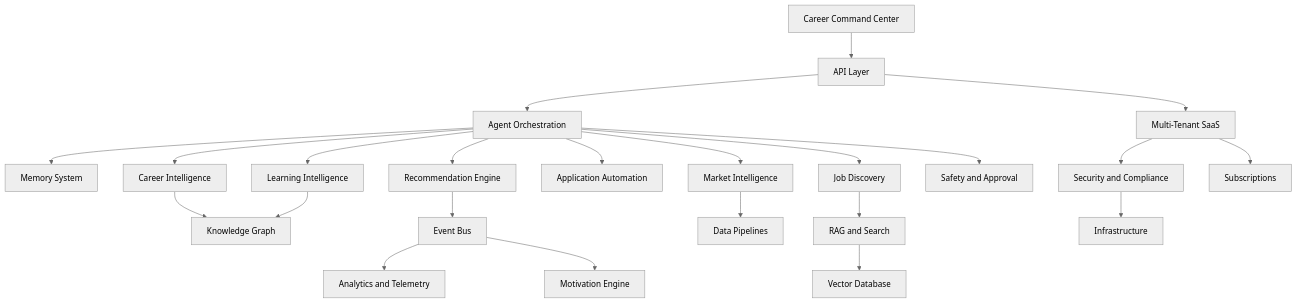
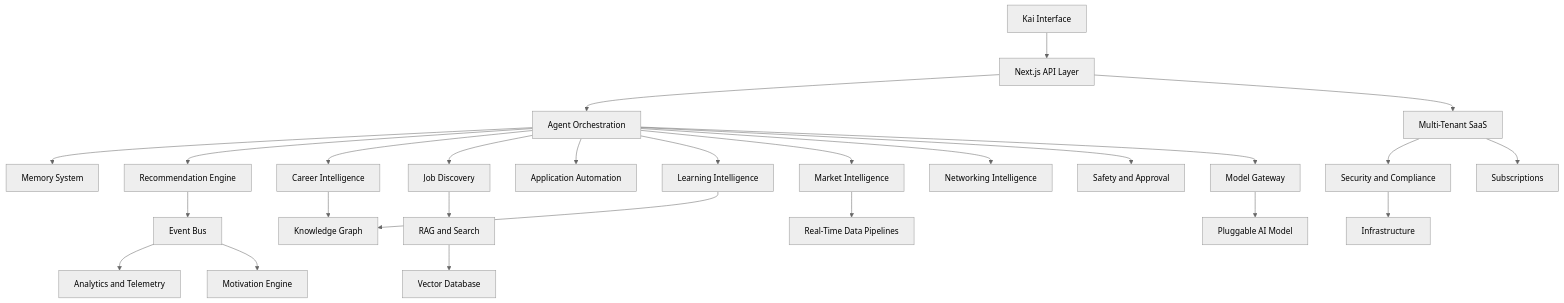
Before and after one commit to Mirzzie/Fadi: the diagram in docs/TECHNICAL_BLUEPRINT.md, drawn with Mermaid (neutral theme). The commit also changed other lines of this file and 65 other files, not shown here.

First line of the commit message:
docs: update architecture docs for Better Auth, Kai, and data sources

````diff
--- a/docs/TECHNICAL_BLUEPRINT.md
+++ b/docs/TECHNICAL_BLUEPRINT.md
@@ -23,25 +26,28 @@
 ```mermaid
 flowchart TD
-    UX[Career Command Center] --> API[API Layer]
+    KaiUX[Kai Interface] --> API[Next.js API Layer]
     API --> Agent[Agent Orchestration]
     Agent --> Memory[Memory System]
     Agent --> Rec[Recommendation Engine]
     Agent --> Career[Career Intelligence]
     Agent --> Jobs[Job Discovery]
     Agent --> Apps[Application Automation]
     Agent --> Learning[Learning Intelligence]
     Agent --> Market[Market Intelligence]
+    Agent --> Networking[Networking Intelligence]
     Agent --> Safety[Safety and Approval]
     Career --> Graph[Knowledge Graph]
     Jobs --> Search[RAG and Search]
     Learning --> Graph
-    Market --> Data[Data Pipelines]
+    Market --> Data[Real-Time Data Pipelines]
     Search --> Vector[Vector Database]
     Rec --> Events[Event Bus]
     Events --> Analytics[Analytics and Telemetry]
     Events --> Motivation[Motivation Engine]
     API --> SaaS[Multi-Tenant SaaS]
     SaaS --> Security[Security and Compliance]
     SaaS --> Billing[Subscriptions]
     Security --> Infra[Infrastructure]
+    Agent --> Gateway[Model Gateway]
+    Gateway --> Model[Pluggable AI Model]
 ```
````
